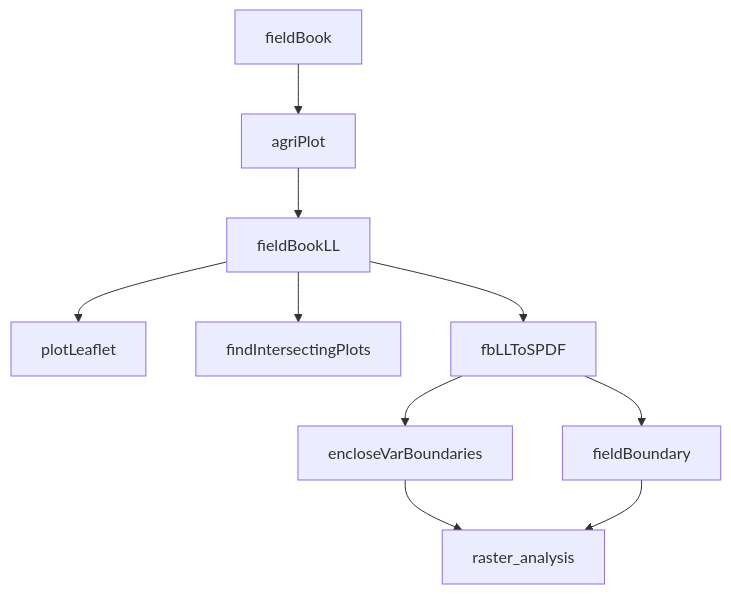
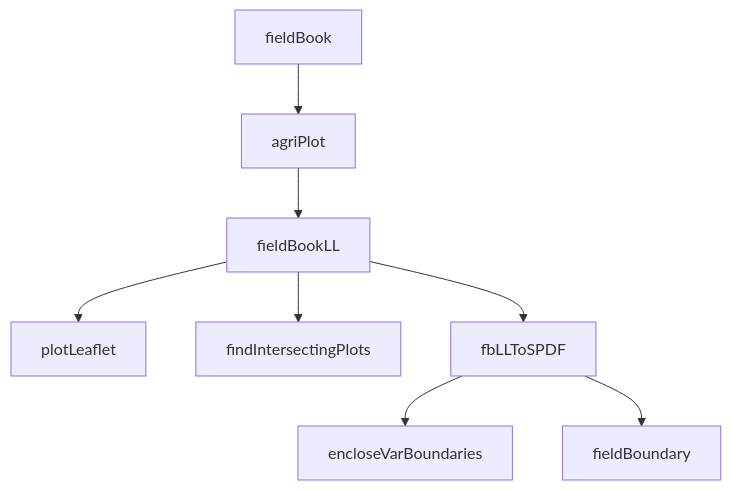
One commit to cb-agr/agriPlot changed the diagram in README.md. Above: the diagram before and after it, drawn with Mermaid.

````diff
--- a/README.md
+++ b/README.md
@@ -22,13 +22,11 @@
 ```mermaid
 graph TD;
 fieldBook -->agriPlot;
 agriPlot -->fieldBookLL;
 fieldBookLL --> plotLeaflet;
 fieldBookLL --> findIntersectingPlots;
 fieldBookLL --> fbLLToSPDF;
 fbLLToSPDF --> encloseVarBoundaries;
 fbLLToSPDF --> fieldBoundary;
-encloseVarBoundaries --> raster_analysis;
-fieldBoundary --> raster_analysis;
 
 ```
````
